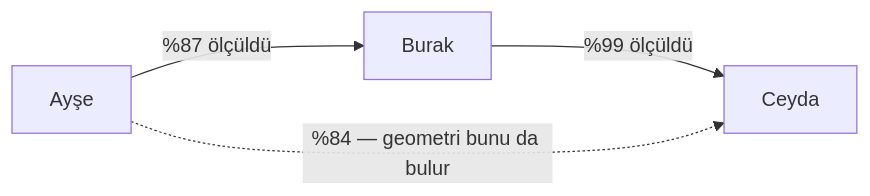
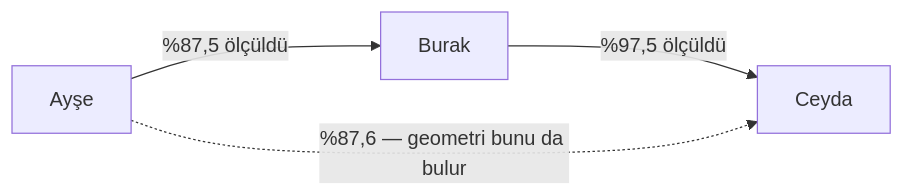
Before and after one commit to hamzabdk36-cyber/N-Emek: the sixth of 8 diagrams in docs/MIMARI.md, drawn with Mermaid. The commit also changed other lines of this file, not shown here.

````diff
--- a/docs/MIMARI.md
+++ b/docs/MIMARI.md
@@ -153,8 +153,8 @@
 ```mermaid
 flowchart LR
-    A["Ayşe"] -->|"%87 ölçüldü"| B["Burak"]
-    B -->|"%99 ölçüldü"| C["Ceyda"]
-    A -.->|"%84 — geometri bunu da bulur"| C
+    A["Ayşe"] -->|"%87,5 ölçüldü"| B["Burak"]
+    B -->|"%97,5 ölçüldü"| C["Ceyda"]
+    A -.->|"%87,6 — geometri bunu da bulur"| C
 
     classDef dropped stroke-dasharray: 5 5
 ```
````
